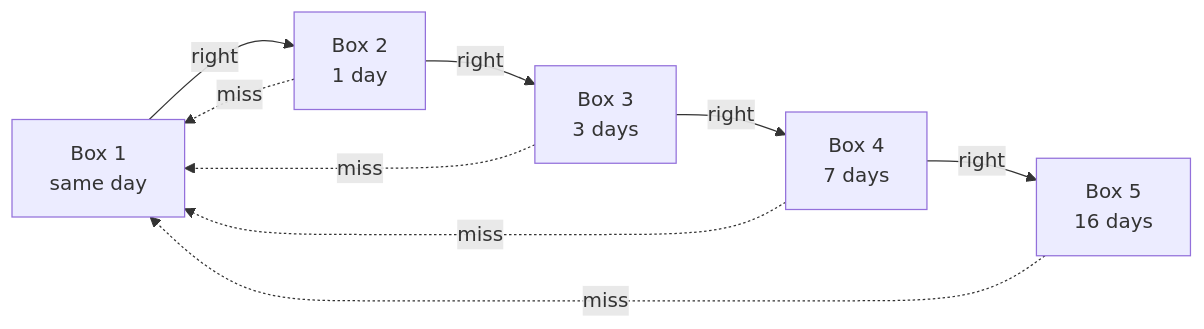
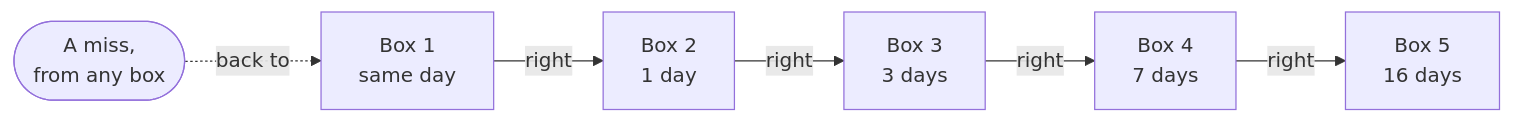
Before and after one commit to Palak-crafts/repaso: the diagram in README.md, drawn with Mermaid. The commit also changed 1 other file, not shown here.

Commit message:
README: simpler diagram for the review boxes

````diff
--- a/README.md
+++ b/README.md
@@ -78,11 +78,8 @@
 ```mermaid
 flowchart LR
+  M(["A miss,<br/>from any box"]) -.->|back to| B1
   B1["Box 1<br/>same day"] -->|right| B2["Box 2<br/>1 day"]
   B2 -->|right| B3["Box 3<br/>3 days"]
   B3 -->|right| B4["Box 4<br/>7 days"]
   B4 -->|right| B5["Box 5<br/>16 days"]
-  B2 -.->|miss| B1
-  B3 -.->|miss| B1
-  B4 -.->|miss| B1
-  B5 -.->|miss| B1
 ```
````
